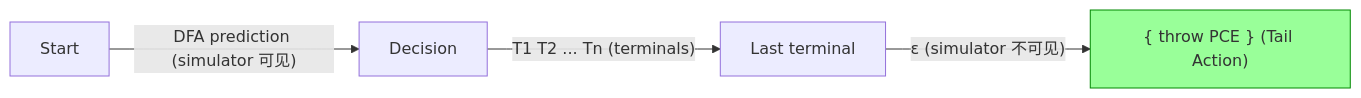
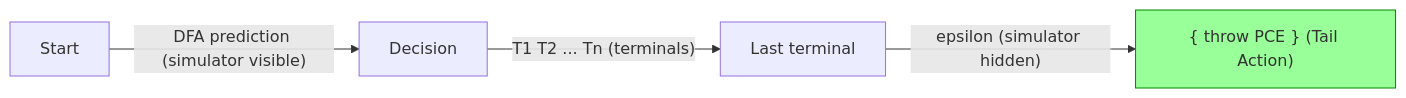
One commit to Zzzode/ZOM changed the second of 2 diagrams in docs/spec/chapters/19-conditional-compilation.md. Above: the diagram before and after it, drawn with Mermaid. The commit also changed other lines of this file and 21 other files, not shown here.

First line of the commit message:
feat(frontend)!: implement parser lexer architecture

````diff
--- a/docs/spec/chapters/19-conditional-compilation.md
+++ b/docs/spec/chapters/19-conditional-compilation.md
@@ -791,7 +791,7 @@
 ```mermaid
 graph LR
-    Start -->|"DFA prediction (simulator 可见)"| P1[Decision]
+    Start -->|"DFA prediction (simulator visible)"| P1[Decision]
     P1 -->|"T1 T2 ... Tn (terminals)"| Last[Last terminal]
-    Last -->|"ε (simulator 不可见)"| Tail["{ throw PCE } (Tail Action)"]
+    Last -->|"epsilon (simulator hidden)"| Tail["{ throw PCE } (Tail Action)"]
     style Tail fill:#9f9,stroke:#080
 ```
````
